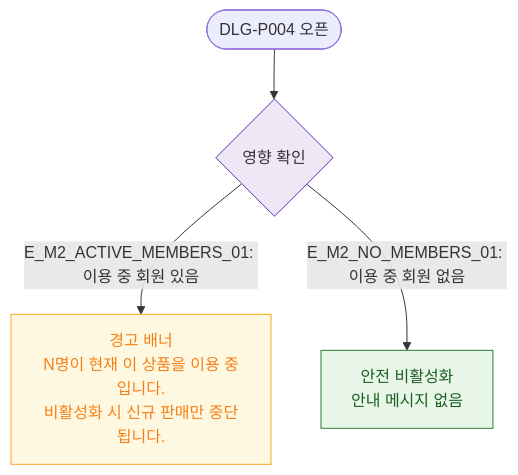
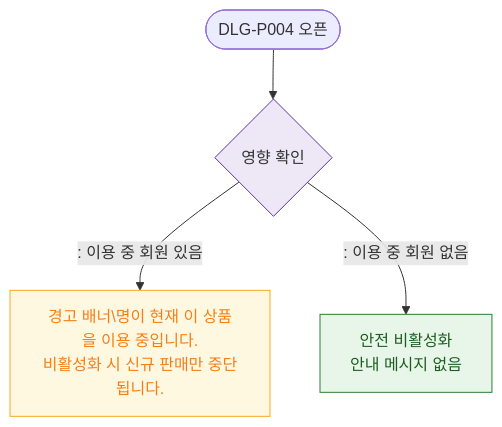
Before and after one commit to dev-spogym/admin-pando: the diagram in docs/다이어그램/D05_상품관리/DLG/DLG-P004_비활성화안내/M2_필드검증.md, drawn with Mermaid. The commit also changed other lines of this file and 1660 other files, not shown here.

First line of the commit message:
다이어그램: 기획자/클라이언트 납품본으로 정리

````diff
--- a/docs/다이어그램/D05_상품관리/DLG/DLG-P004_비활성화안내/M2_필드검증.md
+++ b/docs/다이어그램/D05_상품관리/DLG/DLG-P004_비활성화안내/M2_필드검증.md
@@ -16,13 +14,13 @@
 ```mermaid
 flowchart TD
     OPEN([DLG-P004 오픈]) --> ImpactCheck{영향 확인}
-    ImpactCheck -->|"E_M2_ACTIVE_MEMBERS_01: 이용 중 회원 있음"| WarnActive[경고 배너\nN명이 현재 이 상품을 이용 중입니다.\n비활성화 시 신규 판매만 중단됩니다.]
-    ImpactCheck -->|"E_M2_NO_MEMBERS_01: 이용 중 회원 없음"| SafeDeactivate[안전 비활성화\n안내 메시지 없음]
+    ImpactCheck -->|": 이용 중 회원 있음"|WarnActive[경고 배너\명이 현재 이 상품을 이용 중입니다.\n비활성화 시 신규 판매만 중단됩니다.]
+    ImpactCheck -->|": 이용 중 회원 없음"|SafeDeactivate[안전 비활성화\n안내 메시지 없음]
 
     classDef warning fill:#FFF8E1,stroke:#F9A825,color:#F57F17
     classDef success fill:#E8F5E9,stroke:#2E7D32,color:#1B5E20
     classDef system fill:#EDE7F6,stroke:#5E35B2
     class WarnActive warning
     class SafeDeactivate success
     class ImpactCheck system
 ```
````
